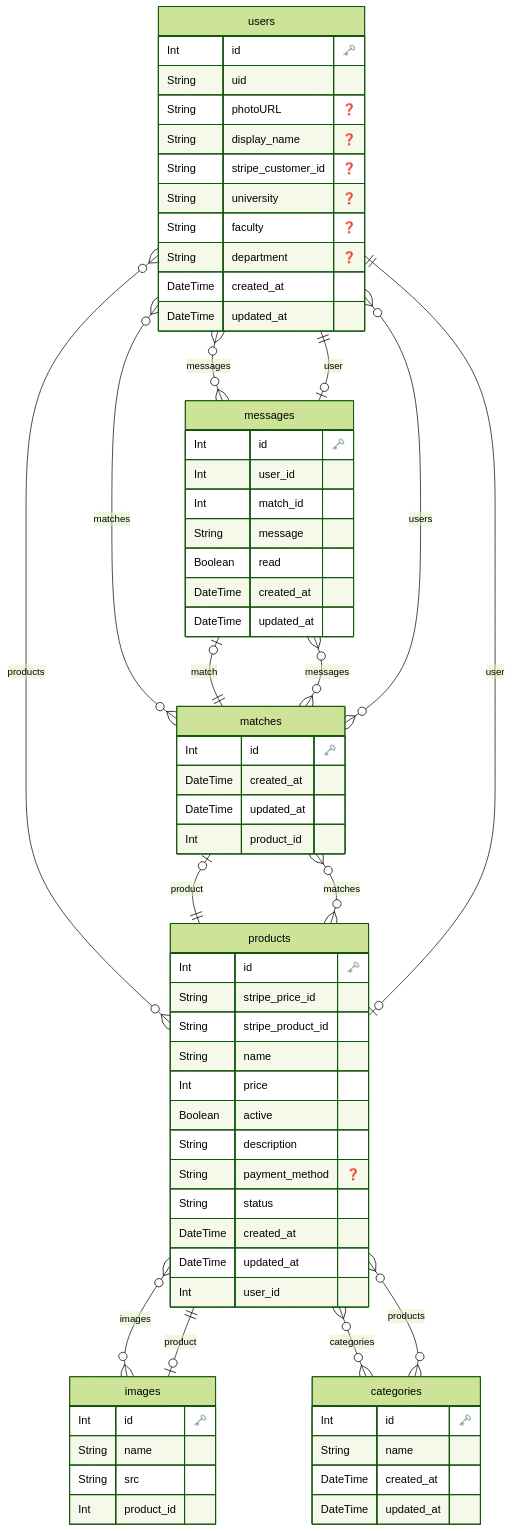
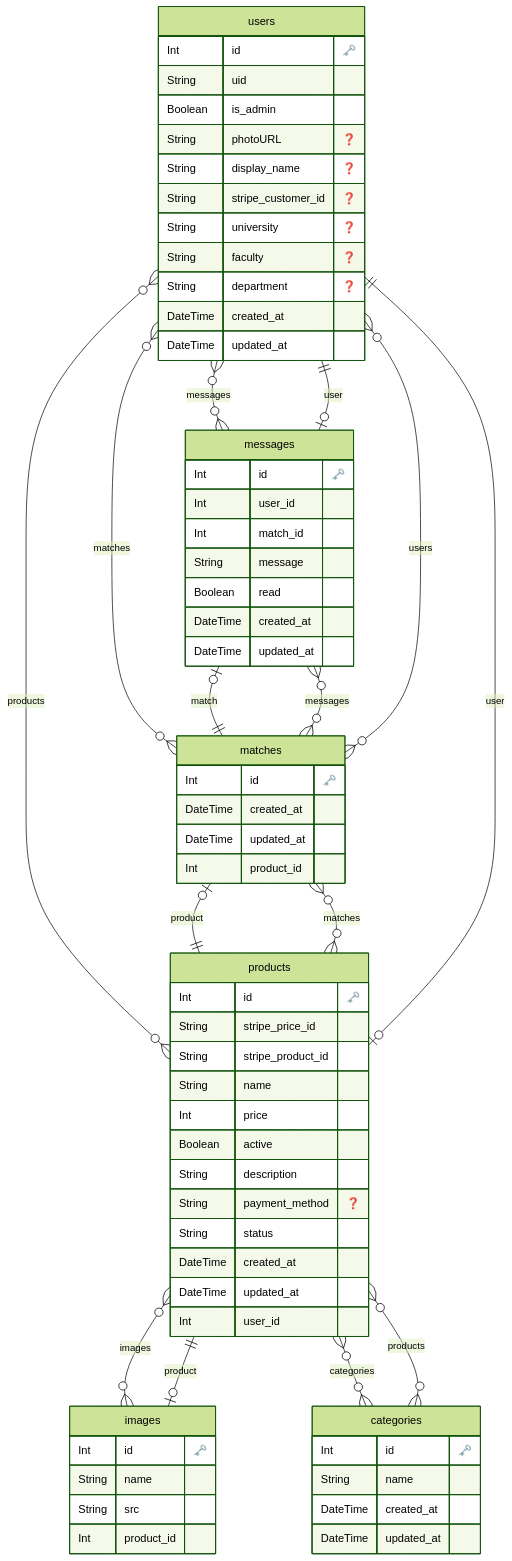
The diagram in prisma/scheme.md (1zumisawashun/unifree-client), drawn with Mermaid (forest theme) before and after one commit. The commit also changed 3 other files, not shown here.

```diff
--- a/prisma/scheme.md
+++ b/prisma/scheme.md
@@ -4,6 +4,7 @@
   "users" {
     Int id "🗝️"
     String uid 
+    Boolean is_admin 
     String photoURL "❓"
     String display_name "❓"
     String stripe_customer_id "❓"
```
